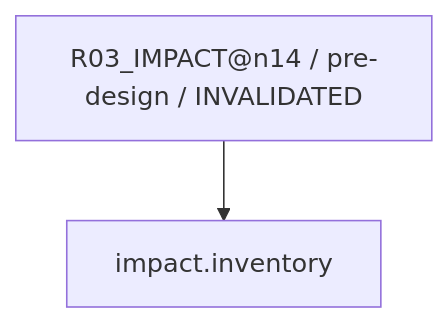
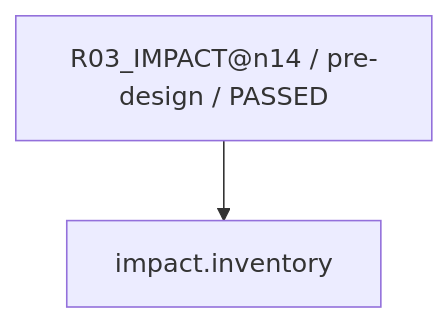
Before and after one commit to rrikunagasige-dot/kyotsu-step-web: diagram 12 of 28 in work/items/W-MATH-048-n1314-source-audit/generated/CAPABILITY_FIRE_DIAGRAM.md, drawn with Mermaid. The commit also changed other lines of this file and 295 other files, not shown here.

````diff
--- a/work/items/W-MATH-048-n1314-source-audit/generated/CAPABILITY_FIRE_DIAGRAM.md
+++ b/work/items/W-MATH-048-n1314-source-audit/generated/CAPABILITY_FIRE_DIAGRAM.md
@@ -186,6 +186,6 @@
 ```mermaid
 flowchart TD
-  N0["R03_IMPACT@n14 / pre-design / INVALIDATED"]
+  N0["R03_IMPACT@n14 / pre-design / PASSED"]
   N1["impact.inventory"]
   N0 --> N1
 ```
````
